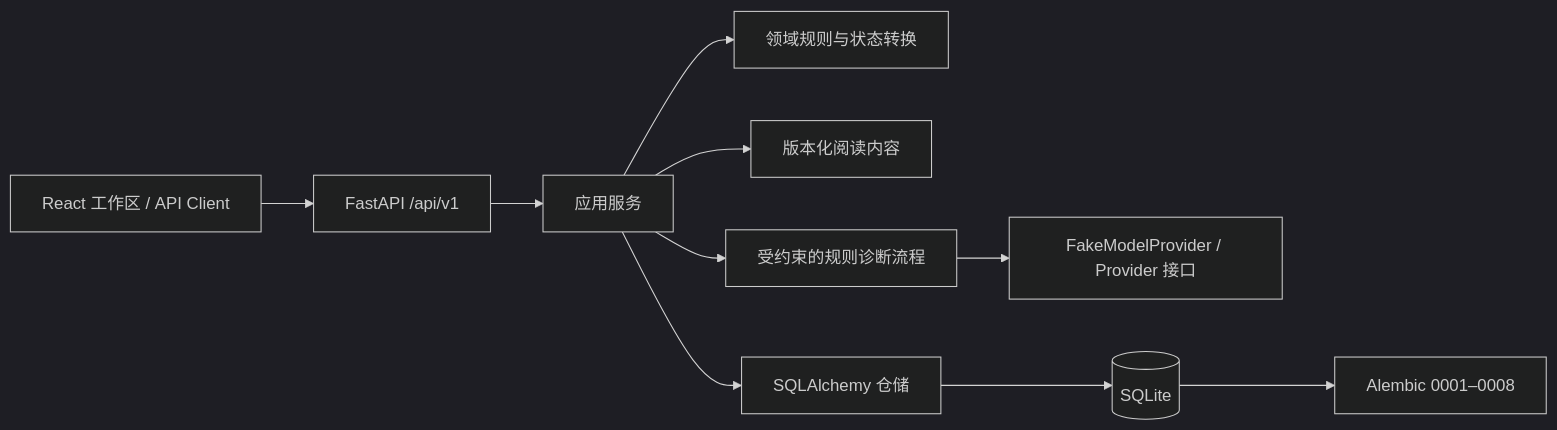
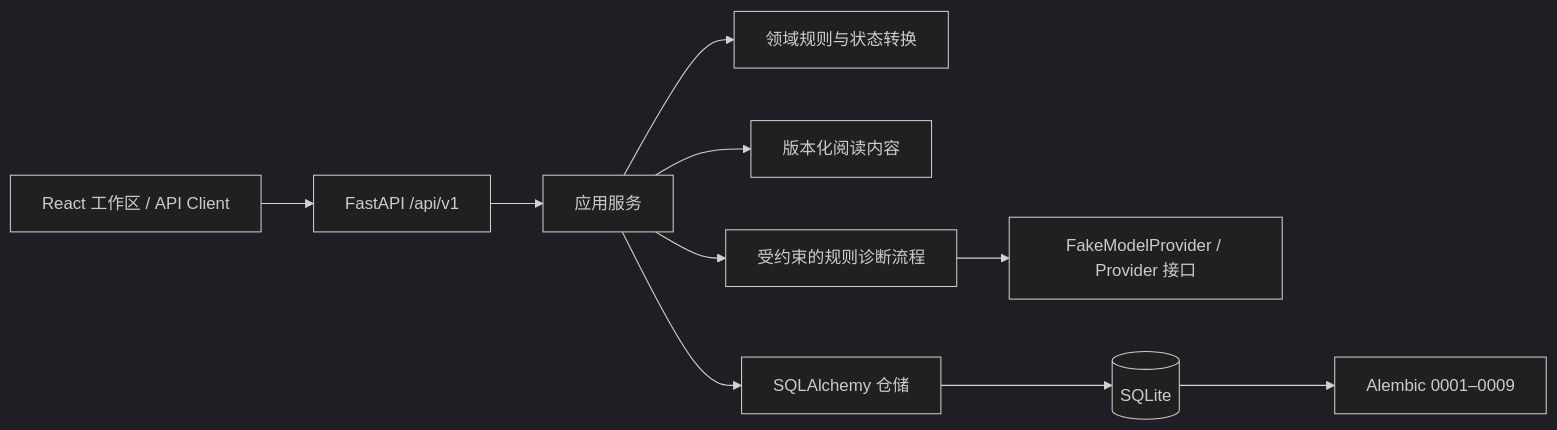
Before and after one commit to KaoruMiyagawa/UnlearnLoop: the diagram in docs/architecture/CURRENT_ARCHITECTURE.md, drawn with Mermaid (dark theme). The commit also changed other lines of this file and 33 other files, not shown here.

````diff
--- a/docs/architecture/CURRENT_ARCHITECTURE.md
+++ b/docs/architecture/CURRENT_ARCHITECTURE.md
@@ -13,12 +13,12 @@
 ```mermaid
 flowchart LR
     UI[React 工作区 / API Client] --> API[FastAPI /api/v1]
     API --> APP[应用服务]
     APP --> DOMAIN[领域规则与状态转换]
     APP --> CONTENT[版本化阅读内容]
     APP --> AGENT[受约束的规则诊断流程]
     AGENT --> PROVIDER[FakeModelProvider / Provider 接口]
     APP --> REPO[SQLAlchemy 仓储]
     REPO --> DB[(SQLite)]
-    DB --> MIG[Alembic 0001–0008]
+    DB --> MIG[Alembic 0001–0009]
 ```
````
